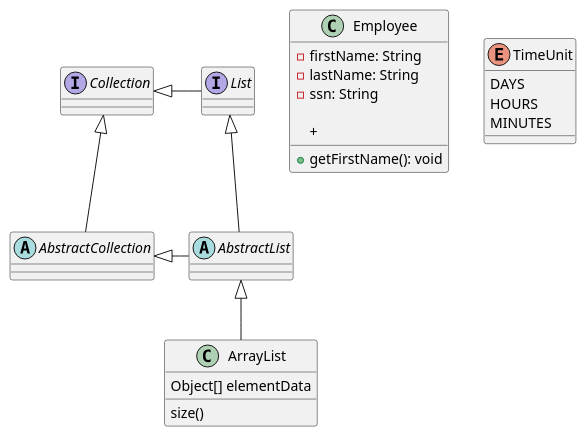
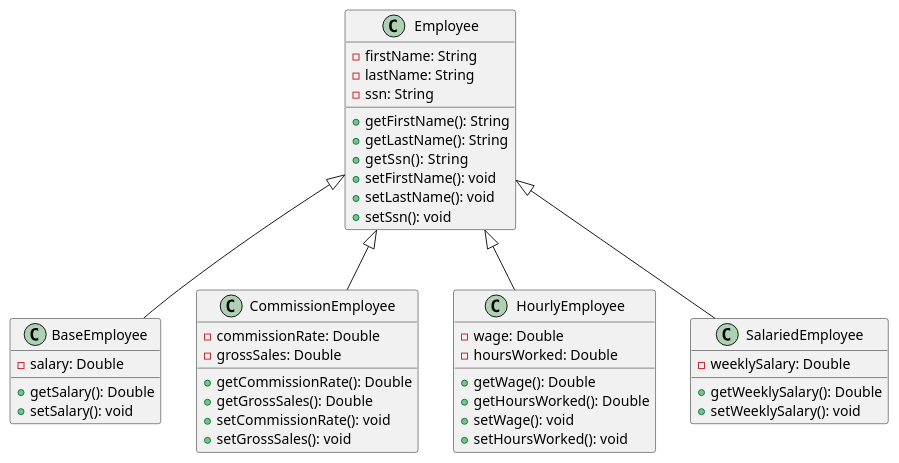
Before and after one commit to Jeremypo/CS_4800: the diagram in hw3/Employee.puml, drawn with PlantUML. The commit also changed 1 other file, not shown here.

```diff
--- a/hw3/Employee.puml
+++ b/hw3/Employee.puml
@@ -1,34 +1,56 @@
 @startuml
 'https://plantuml.com/class-diagram
+Employee <|-- BaseEmployee
+Employee <|-- CommissionEmployee
+Employee <|-- HourlyEmployee
+Employee <|-- SalariedEmployee
+
 class Employee{
     -firstName: String
     -lastName: String
     -ssn: String
 
-    +getFirstName(): void
-    +
-}
-abstract class AbstractList
-abstract AbstractCollection
-interface List
-interface Collection
-
-List <|-- AbstractList
-Collection <|-- AbstractCollection
-
-Collection <|- List
-AbstractCollection <|- AbstractList
-AbstractList <|-- ArrayList
-
-class ArrayList {
-Object[] elementData
-size()
+    +getFirstName(): String
+    +getLastName(): String
+    +getSsn():  String
+    +setFirstName(): void
+    +setLastName(): void
+    +setSsn(): void
 }
 
-enum TimeUnit {
-DAYS
-HOURS
-MINUTES
+class BaseEmployee{
+    -salary: Double
+
+    +getSalary(): Double
+    +setSalary(): void
 }
 
+class CommissionEmployee{
+    -commissionRate: Double
+    -grossSales: Double
+
+    +getCommissionRate(): Double
+    +getGrossSales(): Double
+    +setCommissionRate(): void
+    +setGrossSales(): void
+}
+
+class HourlyEmployee{
+    -wage: Double
+    -hoursWorked: Double
+
+    +getWage(): Double
+    +getHoursWorked(): Double
+    +setWage(): void
+    +setHoursWorked(): void
+}
+
+class SalariedEmployee{
+    -weeklySalary: Double
+
+    +getWeeklySalary(): Double
+    +setWeeklySalary(): void
+}
+
+
 @enduml
```
